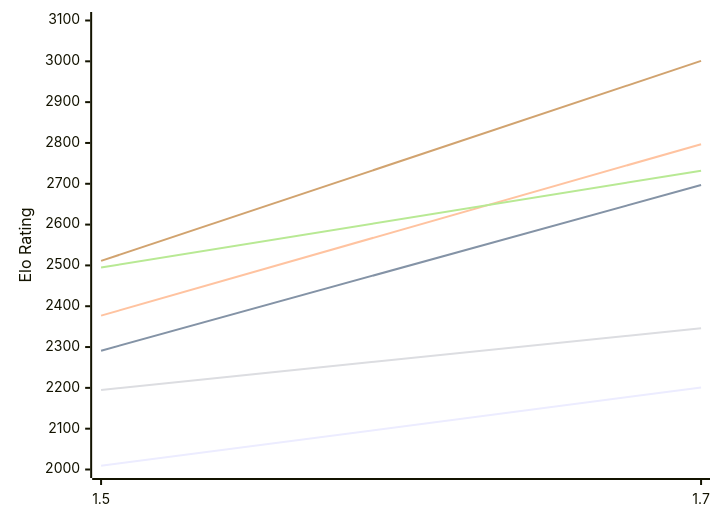
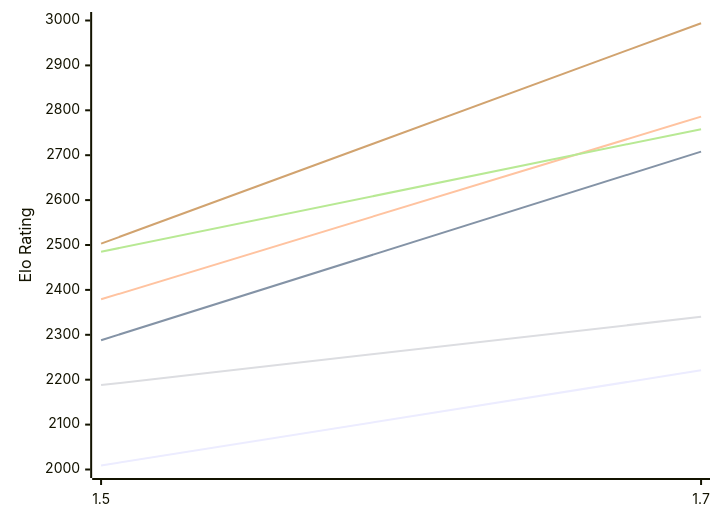
Before and after one commit to computer-chess-index/cci: the first of 2 diagrams in engines/Facon.md, drawn with Mermaid. The commit also changed other lines of this file, not shown here.

Commit message:
Update CCI Ratings (ELO VLTC) - 2026-10-12

````diff
--- a/engines/Facon.md
+++ b/engines/Facon.md
@@ -52,12 +52,12 @@
 ```mermaid
 %%{init: {"theme":"base","themeVariables":{"seriesColors:['#a3a3a3','#222221','#faa371']}}}%%
 xychart-beta
   x-axis ["1.5", "1.7"]
-  y-axis "Elo Rating" 2000 --> 3100
-  line "E1: STC (8.0+0.08s)" [2009, 2201]
-  line "E1: LTC (60.0+0.60s)" [2291, 2697]
-  line "E1: VLTC (2m24s+1.12s)" [2377, 2797]
-  line "P1: STC (8.0+0.08s)" [2195, 2346]
-  line "P1: LTC (60.0+0.60s)" [2495, 2732]
-  line "P1: VLTC (2m24s+1.12s)" [2511, 3001]
+  y-axis "Elo Rating" 2000 --> 3000
+  line "E1: STC (8.0+0.08s)" [2009, 2221]
+  line "E1: LTC (60.0+0.60s)" [2288, 2708]
+  line "E1: VLTC (2m24s+1.12s)" [2379, 2786]
+  line "P1: STC (8.0+0.08s)" [2188, 2340]
+  line "P1: LTC (60.0+0.60s)" [2485, 2758]
+  line "P1: VLTC (2m24s+1.12s)" [2503, 2994]
 ```
````
